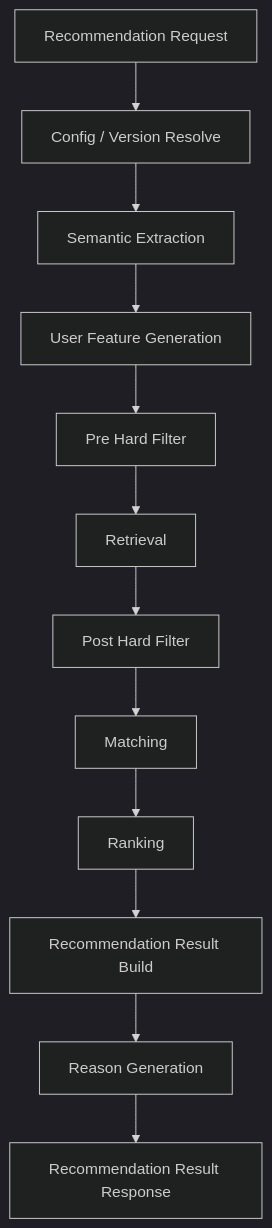
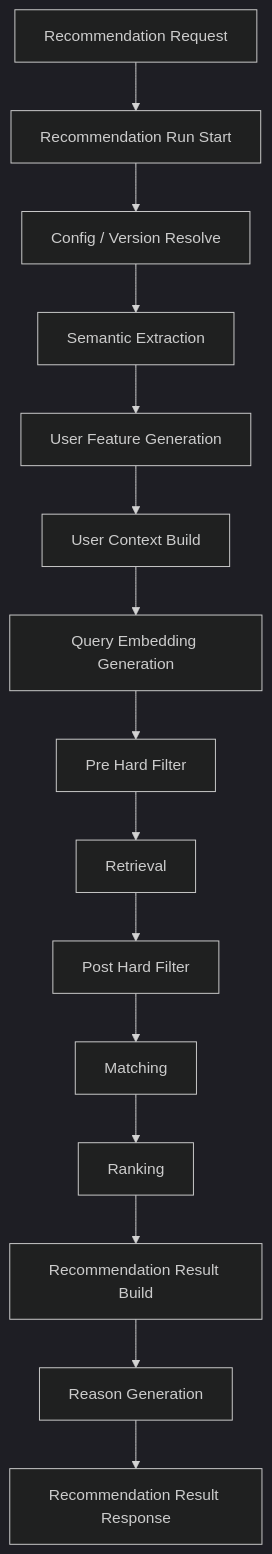
One commit to ryo-chan-k6/GiftRecommendAPP_MVP_CYCLE_3 changed the fourth of 10 diagrams in docs/05_アプリケーション設計/アプリ/処理構成定義書.md. Above: the diagram before and after it, drawn with Mermaid (dark theme). The commit also changed other lines of this file, not shown here.

Commit message:
ドキュメントを更新し、Gift Recommendation Service MVPにおける処理構成の詳細を整理。新たに利用したインプット成果物を追加し、基本方針や処理種別を明確化。これにより、システムの処理系統とデータフローが一層明確になり、設計基盤が強化された。

````diff
--- a/docs/05_アプリケーション設計/アプリ/処理構成定義書.md
+++ b/docs/05_アプリケーション設計/アプリ/処理構成定義書.md
@@ -343,14 +443,17 @@
 ```mermaid
 flowchart TD
-    A[Recommendation Request] --> B[Config / Version Resolve]
-    B --> C[Semantic Extraction]
-    C --> D[User Feature Generation]
-    D --> E[Pre Hard Filter]
-    E --> F[Retrieval]
-    F --> G[Post Hard Filter]
-    G --> H[Matching]
-    H --> I[Ranking]
-    I --> J[Recommendation Result Build]
-    J --> K[Reason Generation]
-    K --> L[Recommendation Result Response]
+    A[Recommendation Request] --> B[Recommendation Run Start]
+    B --> C[Config / Version Resolve]
+    C --> D[Semantic Extraction]
+    D --> E[User Feature Generation]
+    E --> F[User Context Build]
+    F --> G[Query Embedding Generation]
+    G --> H[Pre Hard Filter]
+    H --> I[Retrieval]
+    I --> J[Post Hard Filter]
+    J --> K[Matching]
+    K --> L[Ranking]
+    L --> M[Recommendation Result Build]
+    M --> N[Reason Generation]
+    N --> O[Recommendation Result Response]
 ```
````
